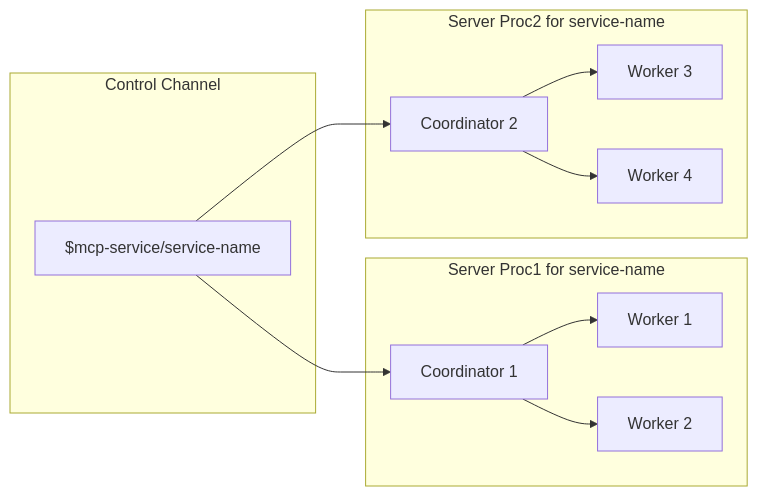
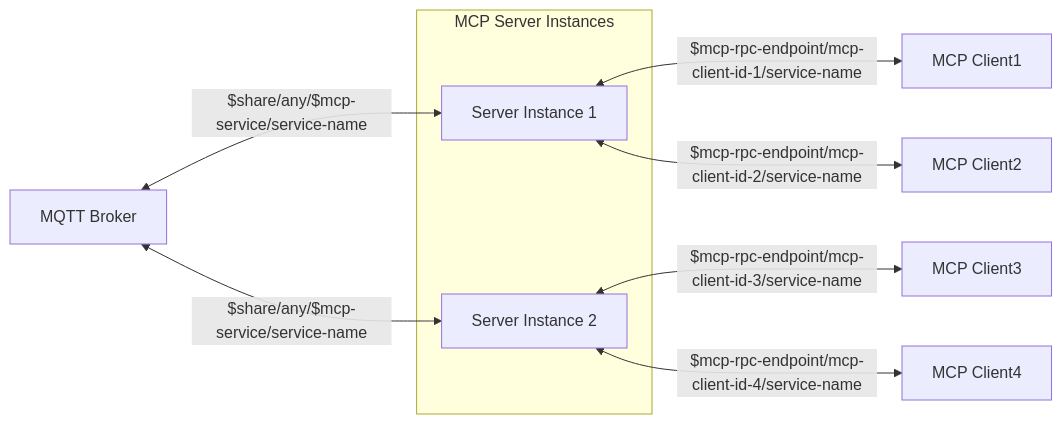
One commit to xiaokunzhang/mcp-over-mqtt-site changed the first of 2 diagrams in content/docs/specification/draft/basic/transports.md. Above: the diagram before and after it, drawn with Mermaid. The commit also changed other lines of this file and 4 other files, not shown here.

Commit message:
remove the coordinator and worker role from MCP server

````diff
--- a/content/docs/specification/draft/basic/transports.md
+++ b/content/docs/specification/draft/basic/transports.md
@@ -50,24 +47,23 @@
 ```mermaid
 graph LR
-    subgraph "Control Channel"
-        CH["$mcp-service/service-name"]
+
+    BRK[MQTT Broker]
+
+    BRK <-- "$share/any/$mcp-service/service-name" --> S1
+    BRK <--  "$share/any/$mcp-service/service-name" --> S2
+    subgraph "MCP Server Instances"
+        S1[Server Instance 1]
+        S2[Server Instance 2]
     end
 
-    subgraph "Server Proc1 for service-name"
-        COOR1[Coordinator 1]
-        W1[Worker 1]
-        W2[Worker 2]
-        CH --> COOR1
-        COOR1 --> W1
-        COOR1 --> W2
-    end
+    C1[MCP Client1]
+    C2[MCP Client2]
+    C3[MCP Client3]
+    C4[MCP Client4]
 
-    subgraph "Server Proc2 for service-name"
-        COOR2[Coordinator 2]
-        W3[Worker 3]
-        W4[Worker 4]
-        CH --> COOR2
-        COOR2 --> W3
-        COOR2 --> W4
-    end
+    S1 <-- "$mcp-rpc-endpoint/mcp-client-id-1/service-name" --> C1
+    S1 <-- "$mcp-rpc-endpoint/mcp-client-id-2/service-name" --> C2
+    S2 <-- "$mcp-rpc-endpoint/mcp-client-id-3/service-name" --> C3
+    S2 <-- "$mcp-rpc-endpoint/mcp-client-id-4/service-name" --> C4
+
 ```
````
